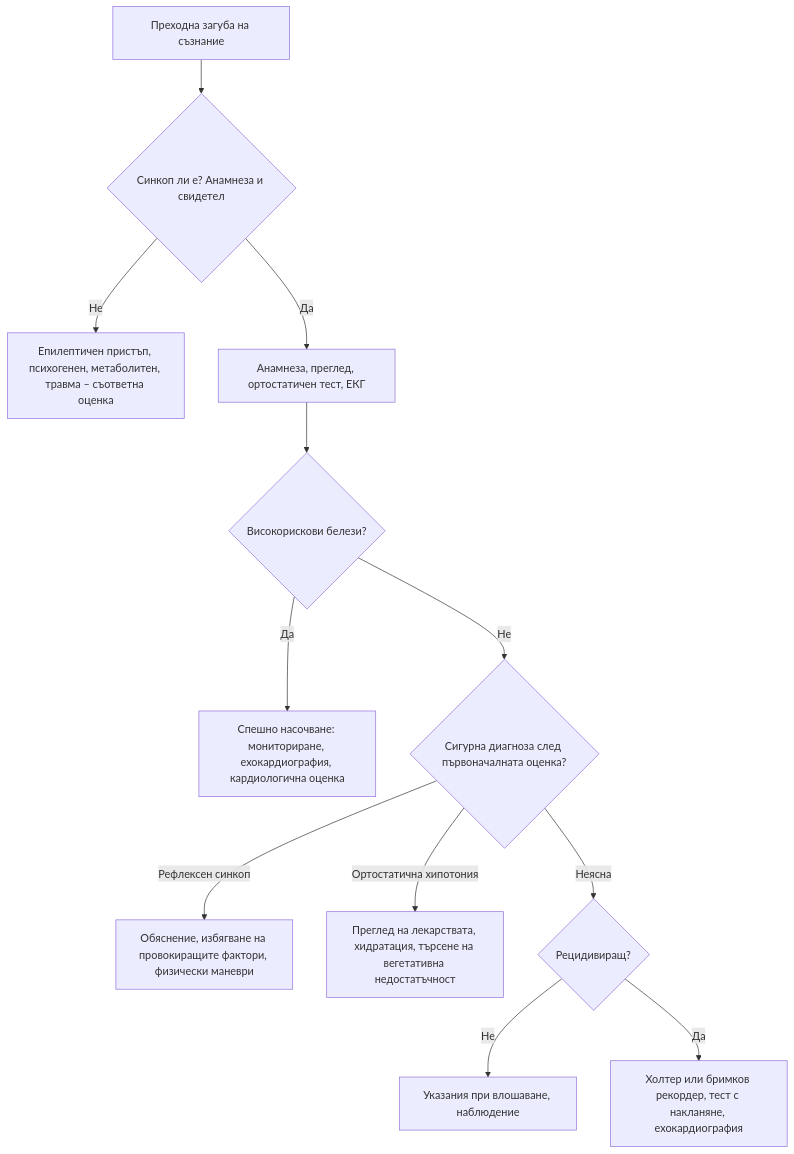
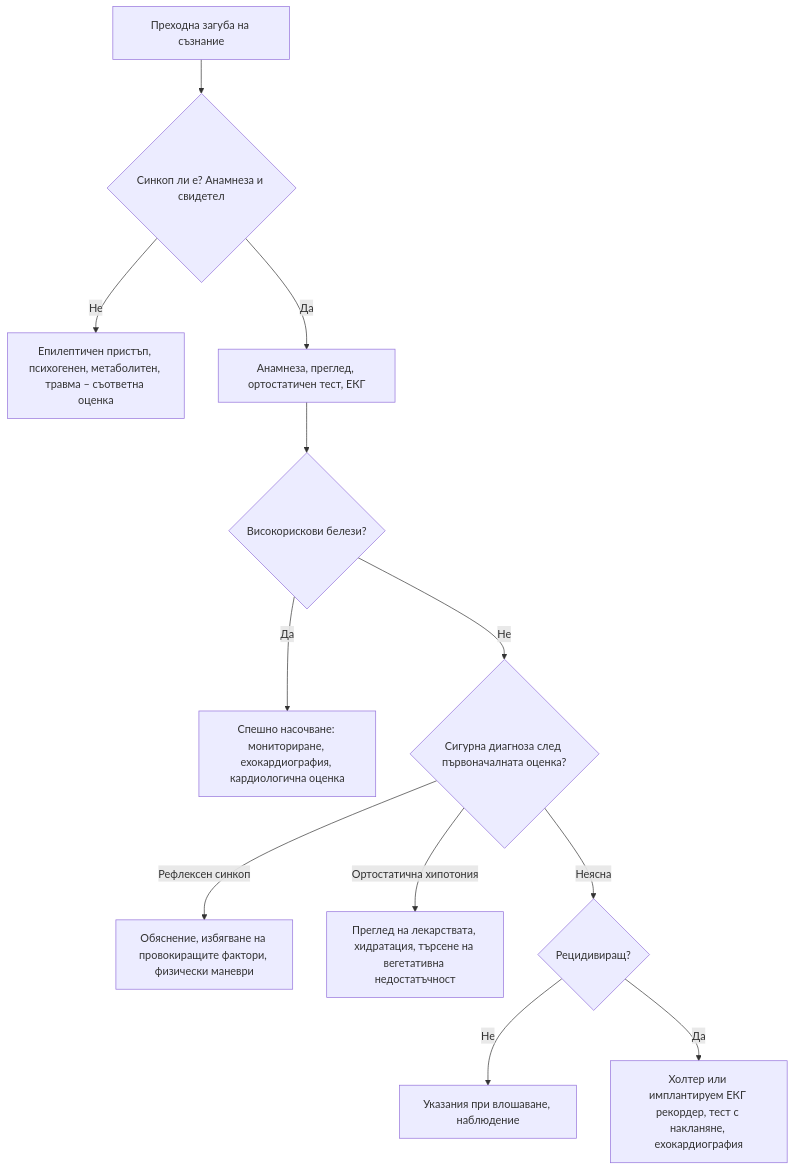
The diagram in glavi/11-sinkop.md (yancho26/yancho), drawn with Mermaid before and after one commit. The commit also changed other lines of this file and 9 other files, not shown here.

First line of the commit message:
Езикова редакция: глава 10; тълкува, ЕКГ рекордер

````diff
--- a/glavi/11-sinkop.md
+++ b/glavi/11-sinkop.md
@@ -212,16 +212,16 @@
 ```mermaid
 flowchart TD
     accTitle: Диагностичен алгоритъм: синкоп и преходна загуба на съзнание
     accDescr: Блок-схема. Начало: Преходна загуба на съзнание. Въпроси: Синкоп ли е? Анамнеза и свидетел? · Високорискови белези? · Сигурна диагноза след първоначалната оценка? · Рецидивиращ? Пълното текстово описание е под схемата.
     A["Преходна загуба на съзнание"] --> B{"Синкоп ли е? Анамнеза и свидетел"}
     B -->|Не| C["Епилептичен пристъп, психогенен, метаболитен, травма – съответна оценка"]
     B -->|Да| D["Анамнеза, преглед, ортостатичен тест, ЕКГ"]
     D --> E{"Високорискови белези?"}
     E -->|Да| F["Спешно насочване: мониториране, ехокардиография, кардиологична оценка"]
     E -->|Не| G{"Сигурна диагноза след първоначалната оценка?"}
     G -->|Рефлексен синкоп| H["Обяснение, избягване на провокиращите фактори, физически маневри"]
     G -->|Ортостатична хипотония| I["Преглед на лекарствата, хидратация, търсене на вегетативна недостатъчност"]
     G -->|Неясна| J{"Рецидивиращ?"}
     J -->|Не| K["Указания при влошаване, наблюдение"]
-    J -->|Да| L["Холтер или бримков рекордер, тест с накланяне, ехокардиография"]
+    J -->|Да| L["Холтер или имплантируем ЕКГ рекордер, тест с накланяне, ехокардиография"]
 ```
````
